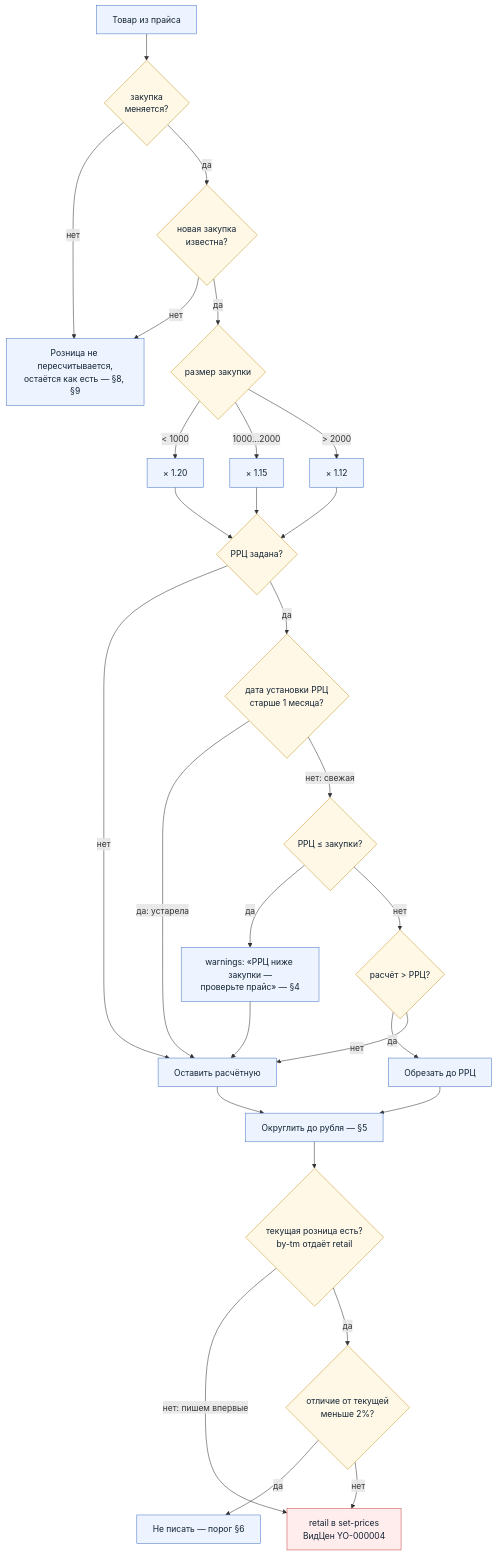
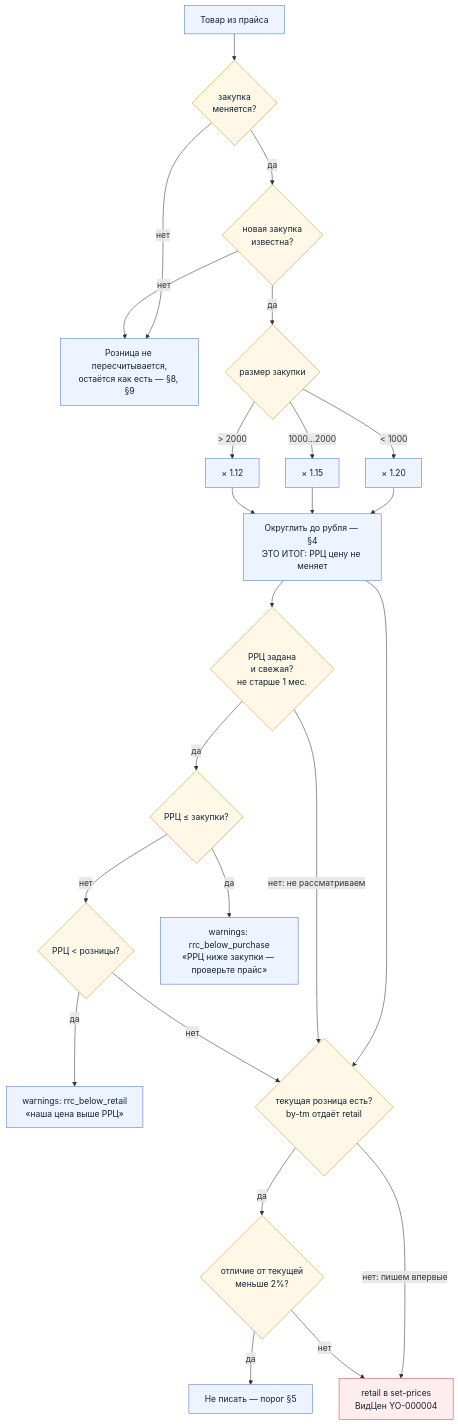
One commit to AlexanderFredy/norwik-helper changed the seventh of 12 diagrams in specs/content-manager-flows.md. Above: the diagram before and after it, drawn with Mermaid. The commit also changed other lines of this file and 4 other files, not shown here.

First line of the commit message:
Обрезка розницы по РРЦ отменена — РРЦ стала только сигналом

````diff
--- a/specs/content-manager-flows.md
+++ b/specs/content-manager-flows.md
@@ -283,53 +283,52 @@
 ```mermaid
 flowchart TD
     IN["Товар из прайса"]:::act
     CHG{"закупка<br/>меняется?"}:::dec
     HASP{"новая закупка<br/>известна?"}:::dec
     NONE["Розница не пересчитывается,<br/>остаётся как есть — §8, §9"]:::act
 
     TIER{"размер закупки"}:::dec
     M20["× 1.20"]:::act
     M15["× 1.15"]:::act
     M12["× 1.12"]:::act
 
-    RRC{"РРЦ задана?"}:::dec
-    AGE{"дата установки РРЦ<br/>старше 1 месяца?"}:::dec
+    ROUND["Округлить до рубля — §4<br/>ЭТО ИТОГ: РРЦ цену не меняет"]:::act
+
+    RRC{"РРЦ задана<br/>и свежая?<br/>не старше 1 мес."}:::dec
     LOW{"РРЦ ≤ закупки?"}:::dec
-    WARN["warnings: «РРЦ ниже закупки —<br/>проверьте прайс» — §4"]:::act
-    CAP{"расчёт > РРЦ?"}:::dec
-    CUT["Обрезать до РРЦ"]:::act
-    KEEP["Оставить расчётную"]:::act
+    BELOW{"РРЦ < розницы?"}:::dec
+    W1["warnings: rrc_below_purchase<br/>«РРЦ ниже закупки — проверьте прайс»"]:::act
+    W2["warnings: rrc_below_retail<br/>«наша цена выше РРЦ»"]:::act
 
-    ROUND["Округлить до рубля — §5"]:::act
     KNOWN{"текущая розница есть?<br/>by-tm отдаёт retail"}:::dec
     SAME{"отличие от текущей<br/>меньше 2%?"}:::dec
-    SKIP["Не писать — порог §6"]:::act
+    SKIP["Не писать — порог §5"]:::act
     OUT["retail в set-prices<br/>ВидЦен YO-000004"]:::write
 
     IN --> CHG
     CHG -- "нет" --> NONE
     CHG -- "да" --> HASP
     HASP -- "нет" --> NONE
     HASP -- "да" --> TIER
-    TIER -- "< 1000" --> M20 --> RRC
-    TIER -- "1000…2000" --> M15 --> RRC
-    TIER -- "> 2000" --> M12 --> RRC
+    TIER -- "< 1000" --> M20 --> ROUND
+    TIER -- "1000…2000" --> M15 --> ROUND
+    TIER -- "> 2000" --> M12 --> ROUND
 
-    RRC -- "нет" --> KEEP
-    RRC -- "да" --> AGE
-    AGE -- "да: устарела" --> KEEP
-    AGE -- "нет: свежая" --> LOW
-    LOW -- "да" --> WARN --> KEEP
-    LOW -- "нет" --> CAP
-    CAP -- "да" --> CUT --> ROUND
-    CAP -- "нет" --> KEEP
-    KEEP --> ROUND --> KNOWN
+    ROUND --> RRC
+    ROUND --> KNOWN
+    RRC -- "нет: не рассматриваем" --> KNOWN
+    RRC -- "да" --> LOW
+    LOW -- "да" --> W1
+    LOW -- "нет" --> BELOW
+    BELOW -- "да" --> W2
+    BELOW -- "нет" --> KNOWN
+
     KNOWN -- "нет: пишем впервые" --> OUT
     KNOWN -- "да" --> SAME
     SAME -- "да" --> SKIP
     SAME -- "нет" --> OUT
 
     classDef act fill:#eef4ff,stroke:#4a76c7,color:#123
     classDef dec fill:#fff8e6,stroke:#c79a29,color:#123
     classDef write fill:#ffecec,stroke:#c74a4a,color:#123
 ```
````
